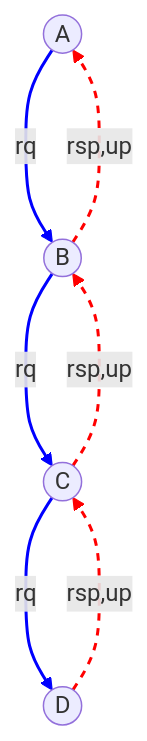
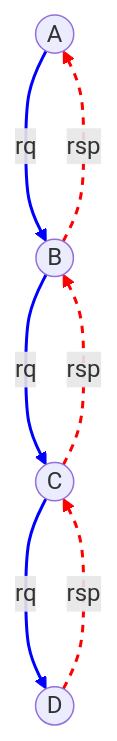
The diagram in z4.md (Rick-Anderson/Report), drawn with Mermaid before and after one commit.

````diff
--- a/z4.md
+++ b/z4.md
@@ -1,18 +1,17 @@
 ```mermaid
 graph TD;
     A((A))-->|rq|B((B))
     B-->|rq|C((C))
     C-->|rq|D((D))
-    D--->|rsp,up|C
-    C--->|rsp,up|B
-    B--->|rsp,up|A
+    D--->|rsp|C
+    C--->|rsp|B
+    B--->|rsp|A
 
     linkStyle 0 stroke-width:2px,fill:none,stroke:blue;
     linkStyle 1 stroke-width:2px,fill:none,stroke:blue;
     linkStyle 2 stroke-width:2px,fill:none,stroke:blue;
     linkStyle 3 stroke-dasharray: 5 5, stroke-width:2px,fill:none,stroke:red;
     linkStyle 4 stroke-dasharray: 5 5, stroke-width:2px,fill:none,stroke:red;
     linkStyle 5 stroke-dasharray: 5 5, stroke-width:2px,fill:none,stroke:red;
 
-
 ```
````
